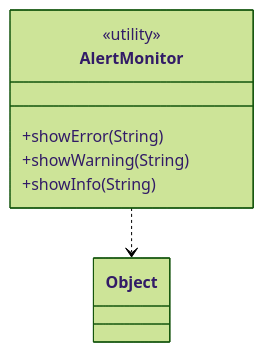
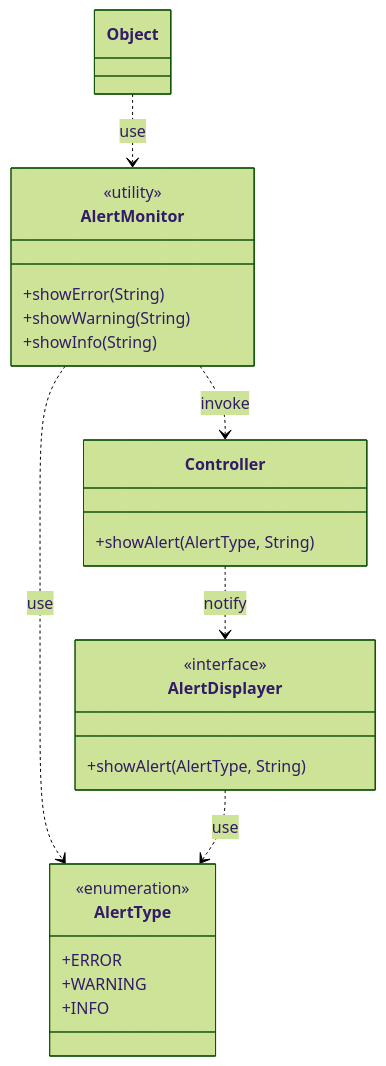
Before and after one commit to unibo-oop-projects/OOP24-Alessandro-CristoferNapolitano-SolarEgg-TodeschiMatteo-java-dyno: the seventh of 10 diagrams in report.md, drawn with Mermaid (forest theme). The commit also changed other lines of this file, not shown here.

Commit message:
Completed second section of 2.2.2 in report

````diff
--- a/report.md
+++ b/report.md
@@ -390,14 +390,34 @@
 ```mermaid
 classDiagram
     class AlertMonitor {
         <<utility>>
         +showError(String)
         +showWarning(String)
         +showInfo(String)
     }
 
+    class AlertType {
+        <<enumeration>>
+        +ERROR
+        +WARNING
+        +INFO
+    }
+
     class Object {
     }
 
-    AlertMonitor ..> Object
+    class AlertDisplayer{
+        <<interface>>
+        +showAlert(AlertType, String)
+    }
+
+    class Controller {
+        +showAlert(AlertType, String)
+    }
+
+    Object ..> AlertMonitor : use
+    AlertMonitor ..> AlertType : use
+    AlertMonitor ..> Controller : invoke
+    Controller ..> AlertDisplayer : notify
+    AlertDisplayer ..> AlertType : use
 ```
````
